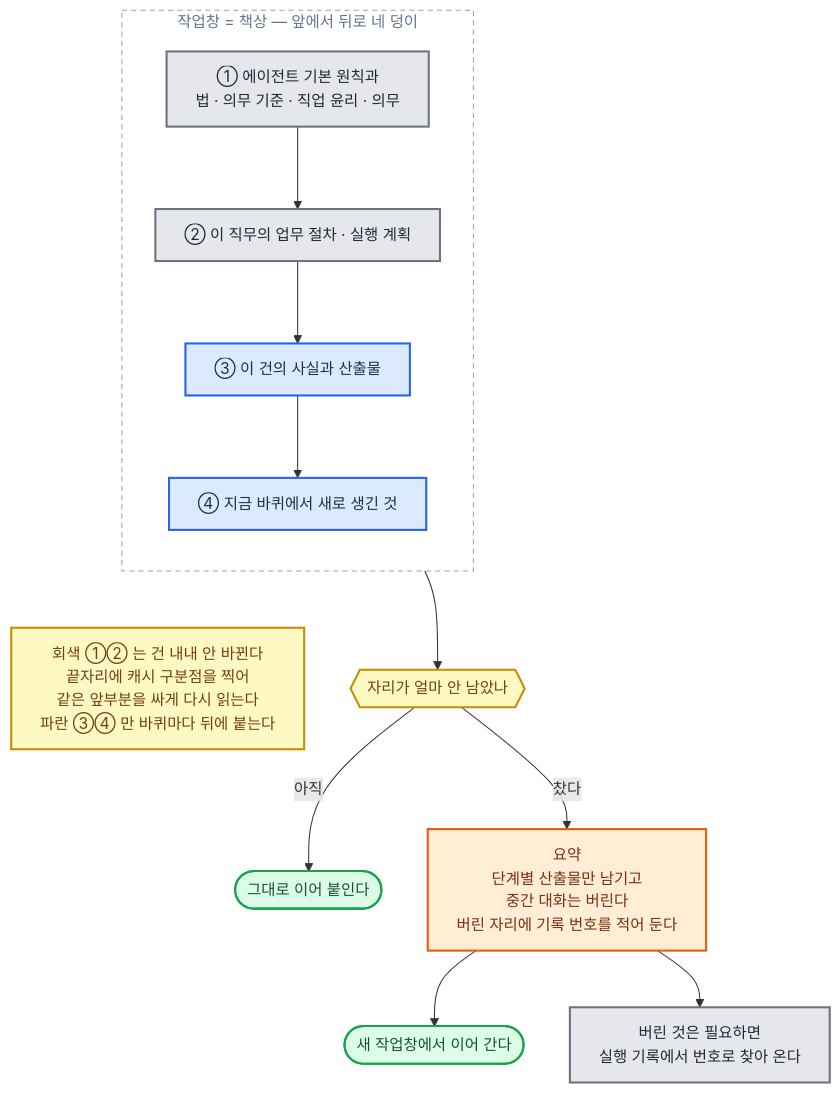
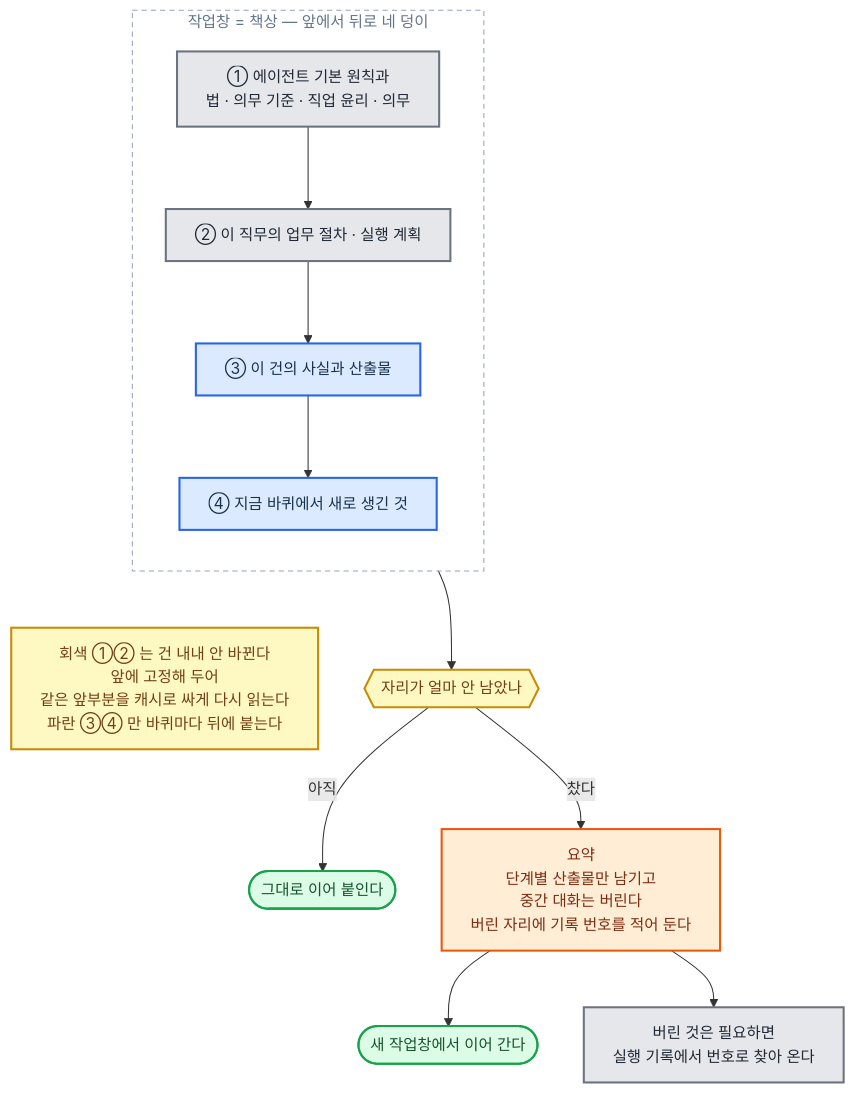
One commit to harisbaguette/expert changed the fifth of 15 diagrams in 전문가 에이전트 정의 2.md. Above: the diagram before and after it, drawn with Mermaid. The commit also changed other lines of this file, not shown here.

````diff
--- a/전문가 에이전트 정의 2.md
+++ b/전문가 에이전트 정의 2.md
@@ -1006,31 +996,31 @@
 ```mermaid
 %%{init: {"flowchart": {"wrappingWidth": 640, "curve": "basis", "nodeSpacing": 45, "rankSpacing": 55, "padding": 14, "useMaxWidth": true}, "themeVariables": {"fontSize": "15px"}} }%%
 flowchart TB
     subgraph WIN["작업창 = 책상 — 앞에서 뒤로 네 덩이"]
         direction TB
         B1["① 에이전트 기본 원칙과<br/>법 · 의무 기준 · 직업 윤리 · 의무"]:::store
         B2["② 이 직무의 업무 절차 · 실행 계획"]:::store
         B3["③ 이 건의 사실과 산출물"]:::main
         B4["④ 지금 바퀴에서 새로 생긴 것"]:::main
         B1 --> B2 --> B3 --> B4
     end
-    TIP["회색 ①② 는 건 내내 안 바뀐다<br/>끝자리에 캐시 구분점을 찍어<br/>같은 앞부분을 싸게 다시 읽는다<br/>파란 ③④ 만 바퀴마다 뒤에 붙는다"]:::note
+    TIP["회색 ①② 는 건 내내 안 바뀐다<br/>앞에 고정해 두어<br/>같은 앞부분을 캐시로 싸게 다시 읽는다<br/>파란 ③④ 만 바퀴마다 뒤에 붙는다"]:::note
     FULL{{"자리가 얼마 안 남았나"}}:::note
     CONT(["그대로 이어 붙인다"]):::good
     SUM["요약<br/>단계별 산출물만 남기고<br/>중간 대화는 버린다<br/>버린 자리에 기록 번호를 적어 둔다"]:::back
     NEW2(["새 작업창에서 이어 간다"]):::good
     FIND["버린 것은 필요하면<br/>실행 기록에서 번호로 찾아 온다"]:::store
     WIN ~~~ TIP
     B4 --> FULL
     FULL -- "아직" --> CONT
     FULL -- "찼다" --> SUM
     SUM --> NEW2
     SUM --> FIND
     classDef main fill:#dbeafe,stroke:#2563eb,stroke-width:2px,color:#17314f
     classDef stop fill:#fee2e2,stroke:#dc2626,stroke-width:2px,color:#7f1d1d
     classDef back fill:#ffedd5,stroke:#ea580c,stroke-width:2px,color:#7c2d12
     classDef store fill:#e5e7eb,stroke:#6b7280,stroke-width:2px,color:#1f2937
     classDef good fill:#dcfce7,stroke:#16a34a,stroke-width:2px,color:#14532d
     classDef note fill:#fef9c3,stroke:#ca8a04,stroke-width:2px,color:#713f12
     style WIN fill:none,stroke:#94a3b8,stroke-width:1px,stroke-dasharray:5 4,color:#64748b
 ```
````
